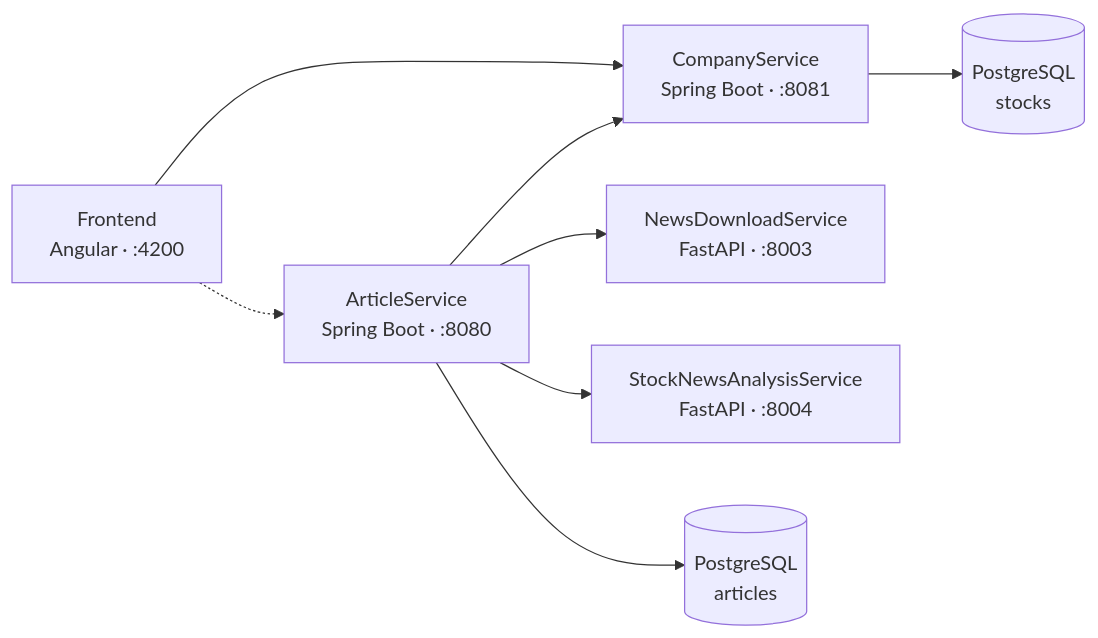
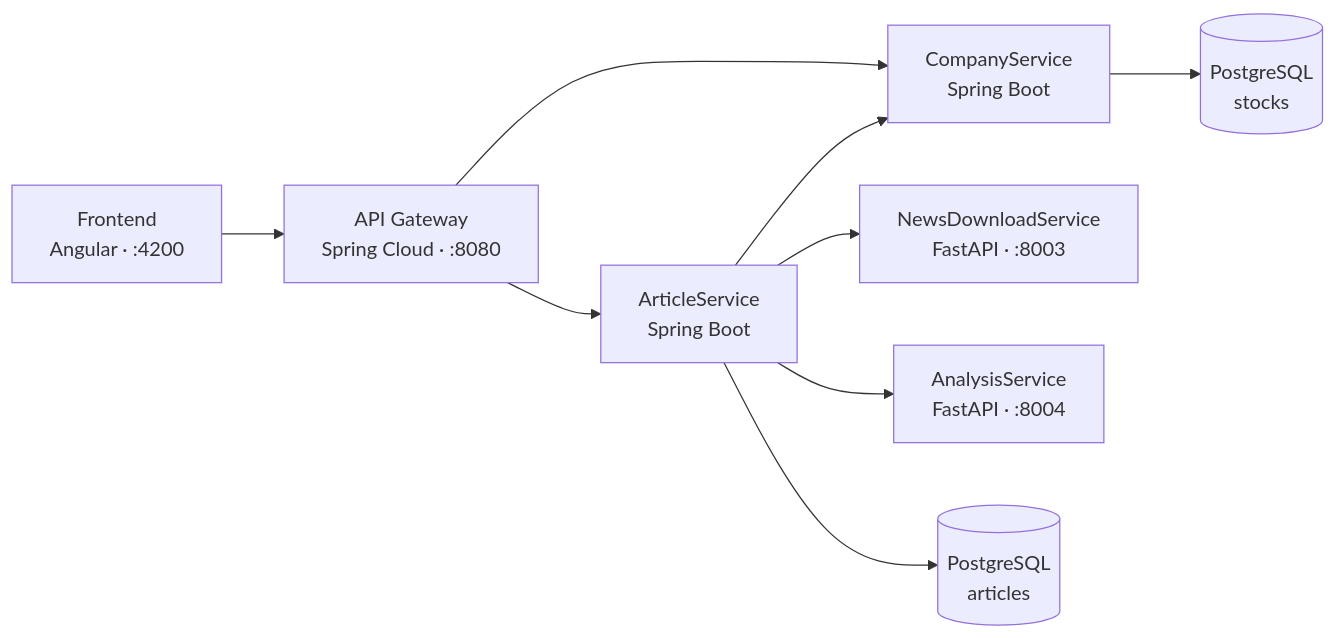
One commit to MichaelKudron/StockNewsAgregator changed the diagram in README.md. Above: the diagram before and after it, drawn with Mermaid. The commit also changed other lines of this file, not shown here.

````diff
--- a/README.md
+++ b/README.md
@@ -9,10 +14,11 @@
 ```mermaid
 flowchart LR
-    FE[Frontend<br/>Angular · :4200] --> CS[CompanyService<br/>Spring Boot · :8081]
-    FE -.-> AS[ArticleService<br/>Spring Boot · :8080]
+    FE[Frontend<br/>Angular · :4200] --> GW[API Gateway<br/>Spring Cloud · :8080]
+    GW --> AS[ArticleService<br/>Spring Boot]
+    GW --> CS[CompanyService<br/>Spring Boot]
     AS --> ND[NewsDownloadService<br/>FastAPI · :8003]
-    AS --> AN[StockNewsAnalysisService<br/>FastAPI · :8004]
+    AS --> AN[AnalysisService<br/>FastAPI · :8004]
     AS --> CS
     AS --> DB[(PostgreSQL<br/>articles)]
     CS --> DB2[(PostgreSQL<br/>stocks)]
 ```
````
